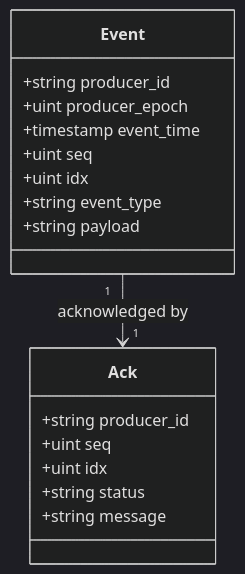
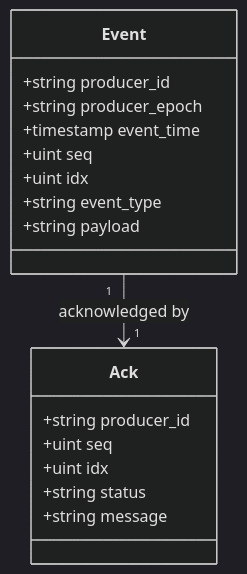
Before and after one commit to PratyushVishal11011/Fairgate: the diagram in docs/event-model.md, drawn with Mermaid (dark theme). The commit also changed other lines of this file and 4 other files, not shown here.

````diff
--- a/docs/event-model.md
+++ b/docs/event-model.md
@@ -33,20 +33,20 @@
 ```mermaid
 classDiagram
     class Event {
         +string producer_id
-        +uint producer_epoch
+        +string producer_epoch
         +timestamp event_time
         +uint seq
         +uint idx
         +string event_type
         +string payload
     }
     class Ack {
         +string producer_id
         +uint seq
         +uint idx
         +string status
         +string message
     }
     Event "1" --> "1" Ack : acknowledged by
 ```
````
